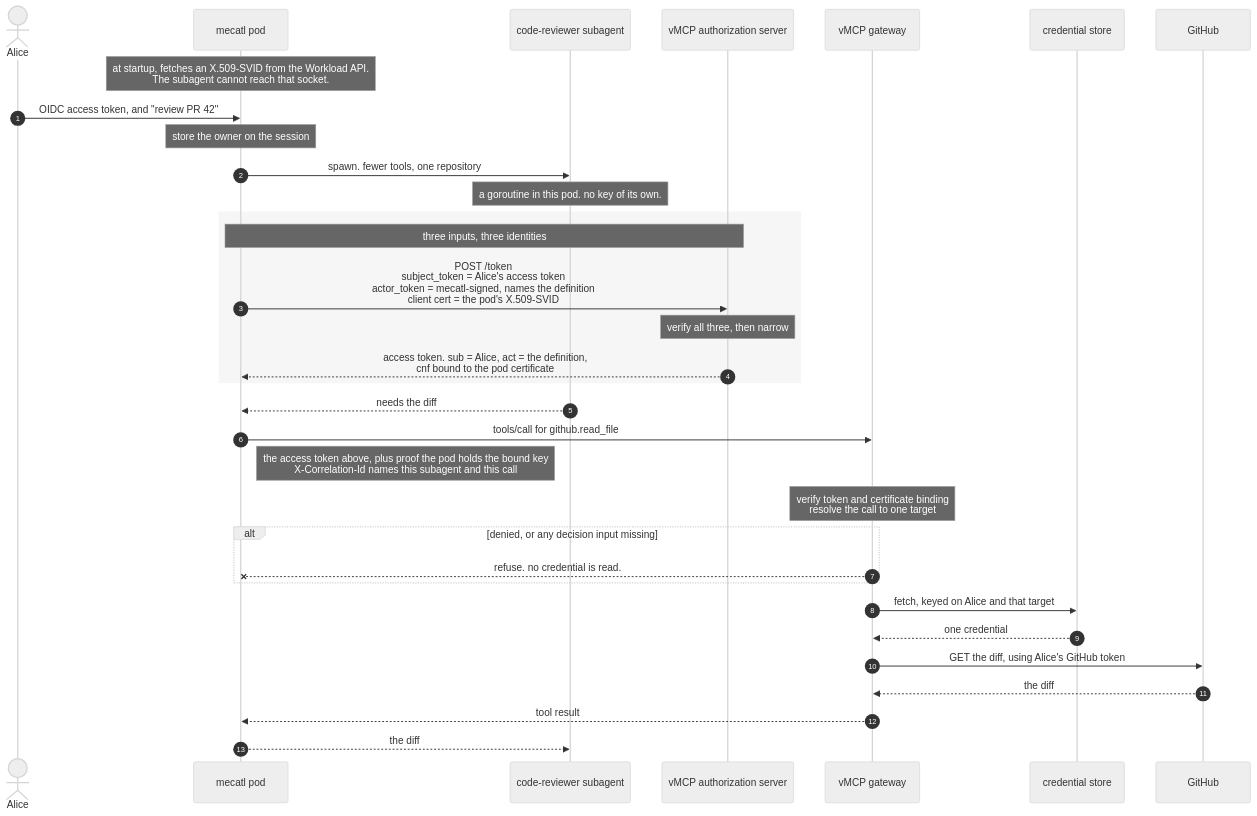
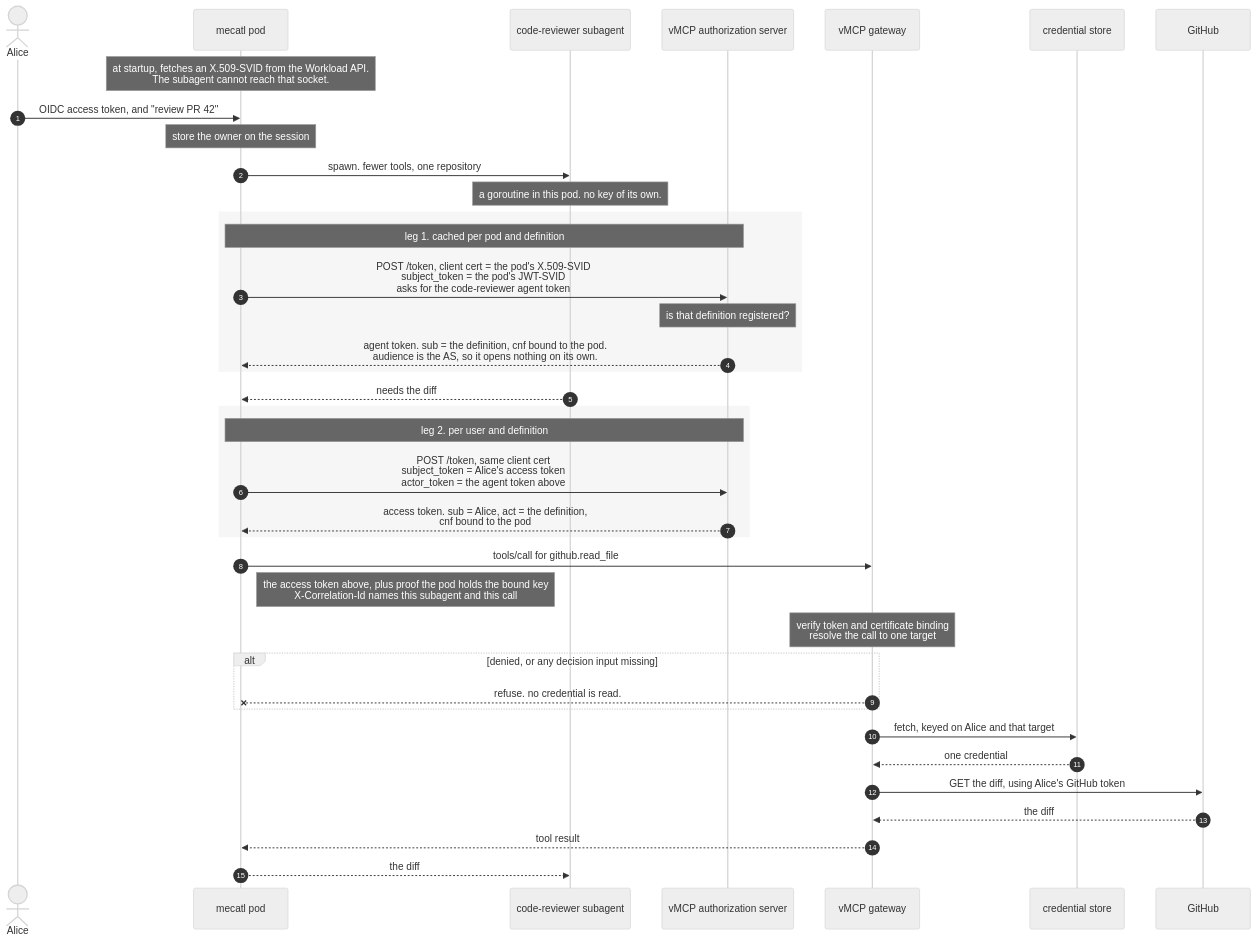
The diagram in docs/agent-identity-outbound.md (sabbanis/mecatl), drawn with Mermaid (neutral theme) before and after one commit. The commit also changed other lines of this file, not shown here.

````diff
--- a/docs/agent-identity-outbound.md
+++ b/docs/agent-identity-outbound.md
@@ -104,42 +104,49 @@
 ```mermaid
 sequenceDiagram
     autonumber
     actor Alice
     participant M as mecatl pod
     participant S as code-reviewer subagent
     participant AS as vMCP authorization server
     participant G as vMCP gateway
     participant V as credential store
     participant B as GitHub
 
     Note over M: at startup, fetches an X.509-SVID from the Workload API.<br/>The subagent cannot reach that socket.
 
     Alice->>M: OIDC access token, and "review PR 42"
     Note over M: store the owner on the session
 
     M->>S: spawn. fewer tools, one repository
     Note over S: a goroutine in this pod. no key of its own.
 
     rect rgba(128,128,128,0.07)
-    Note over M,AS: three inputs, three identities
-    M->>AS: POST /token<br/>subject_token = Alice's access token<br/>actor_token = mecatl-signed, names the definition<br/>client cert = the pod's X.509-SVID
-    Note over AS: verify all three, then narrow
-    AS-->>M: access token. sub = Alice, act = the definition,<br/>cnf bound to the pod certificate
+    Note over M,AS: leg 1. cached per pod and definition
+    M->>AS: POST /token, client cert = the pod's X.509-SVID<br/>subject_token = the pod's JWT-SVID<br/>asks for the code-reviewer agent token
+    Note over AS: is that definition registered?
+    AS-->>M: agent token. sub = the definition, cnf bound to the pod.<br/>audience is the AS, so it opens nothing on its own.
     end
 
     S-->>M: needs the diff
+
+    rect rgba(128,128,128,0.07)
+    Note over M,AS: leg 2. per user and definition
+    M->>AS: POST /token, same client cert<br/>subject_token = Alice's access token<br/>actor_token = the agent token above
+    AS-->>M: access token. sub = Alice, act = the definition,<br/>cnf bound to the pod
+    end
+
     M->>G: tools/call for github.read_file
     Note right of M: the access token above, plus proof the pod holds the bound key<br/>X-Correlation-Id names this subagent and this call
 
     Note over G: verify token and certificate binding<br/>resolve the call to one target
     alt denied, or any decision input missing
         G--xM: refuse. no credential is read.
     end
 
     G->>V: fetch, keyed on Alice and that target
     V-->>G: one credential
     G->>B: GET the diff, using Alice's GitHub token
     B-->>G: the diff
     G-->>M: tool result
     M-->>S: the diff
 ```
````
